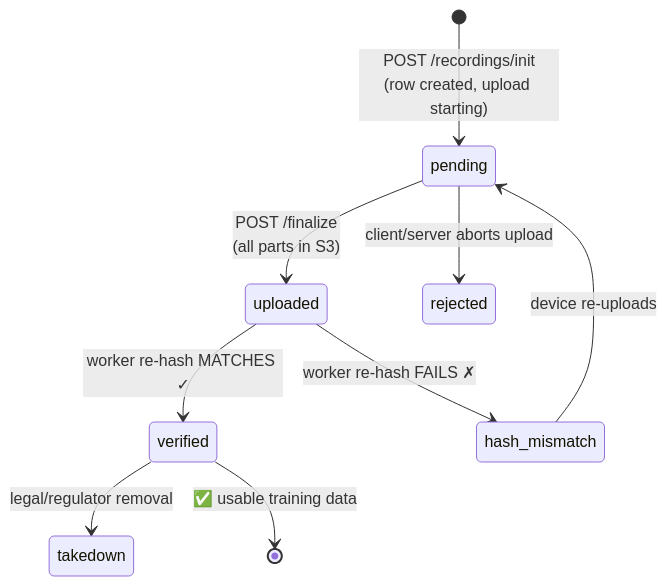
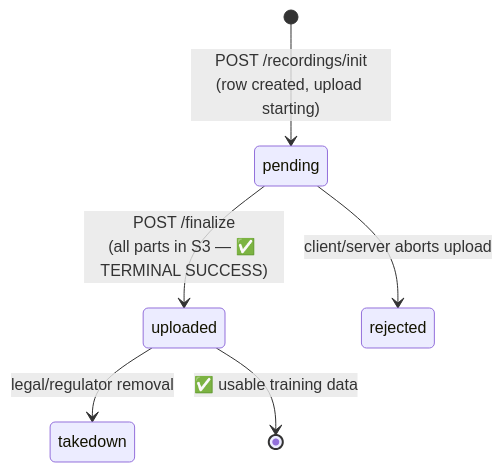
One commit to adnaanmhd/hl-homelander changed the third of 5 diagrams in DATA-MODEL.md. Above: the diagram before and after it, drawn with Mermaid. The commit also changed other lines of this file and 160 other files, not shown here.

````diff
--- a/DATA-MODEL.md
+++ b/DATA-MODEL.md
@@ -542,11 +540,8 @@
 ```mermaid
 stateDiagram-v2
     [*] --> pending: POST /recordings/init<br/>(row created, upload starting)
-    pending --> uploaded: POST /finalize<br/>(all parts in S3)
-    uploaded --> verified: worker re-hash MATCHES ✓
-    uploaded --> hash_mismatch: worker re-hash FAILS ✗
-    hash_mismatch --> pending: device re-uploads
+    pending --> uploaded: POST /finalize<br/>(all parts in S3 — ✅ TERMINAL SUCCESS)
     pending --> rejected: client/server aborts upload
-    verified --> takedown: legal/regulator removal
-    verified --> [*]: ✅ usable training data
+    uploaded --> takedown: legal/regulator removal
+    uploaded --> [*]: ✅ usable training data
 ```
````
